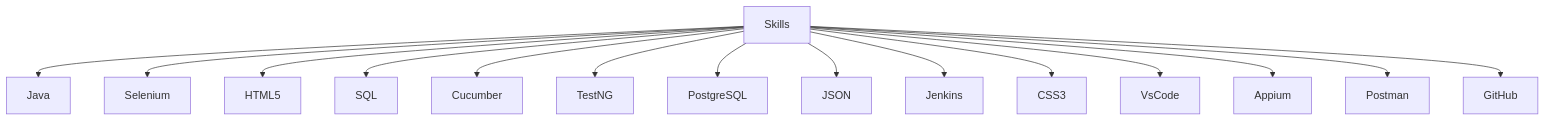
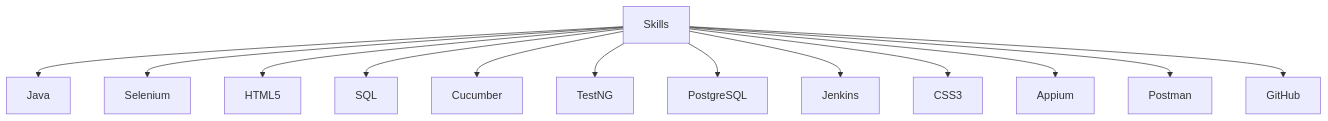
One commit to muzafferugur/muzafferugur changed the diagram in README.md. Above: the diagram before and after it, drawn with Mermaid.

````diff
--- a/README.md
+++ b/README.md
@@ -28,17 +28,15 @@
 ```mermaid
 graph TD;
     Skills-->Java;
     Skills-->Selenium;
     Skills-->HTML5;
     Skills-->SQL;
     Skills-->Cucumber;
     Skills-->TestNG;
     Skills-->PostgreSQL;
-    Skills-->JSON;
     Skills-->Jenkins;
     Skills-->CSS3;
-    Skills-->VsCode;
     Skills-->Appium;
     Skills-->Postman;
     Skills-->GitHub;
    ```
````
